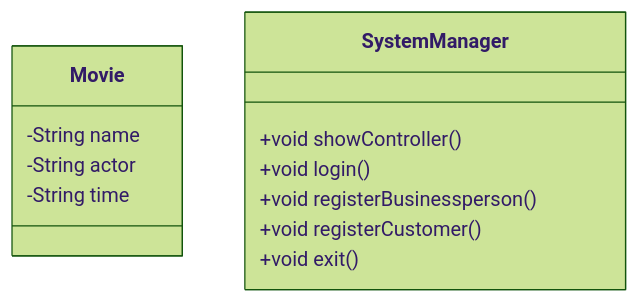
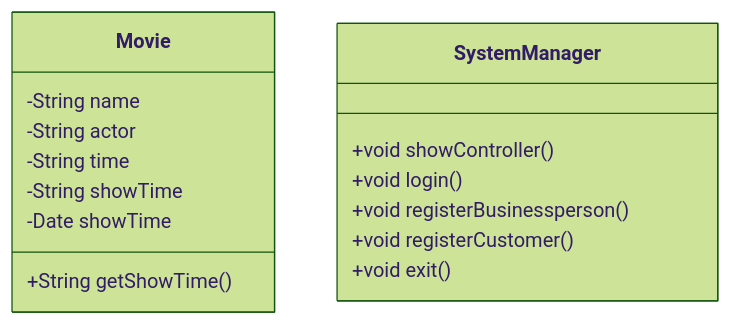
Before and after one commit to gushou129/note: the second of 2 diagrams in study/javaPrograming/Movies/class.md, drawn with Mermaid (forest theme).

````diff
--- a/study/javaPrograming/Movies/class.md
+++ b/study/javaPrograming/Movies/class.md
@@ -27,15 +27,18 @@
 ```mermaid
 classDiagram
     class Movie{
         -String name
         -String actor
         -String time
+        -String showTime
+        -Date showTime
+        +String getShowTime()
     }
     class SystemManager{
         +void showController()
         +void login()
         +void registerBusinessperson()
         +void registerCustomer()
         +void exit()
     }
 ```
````
